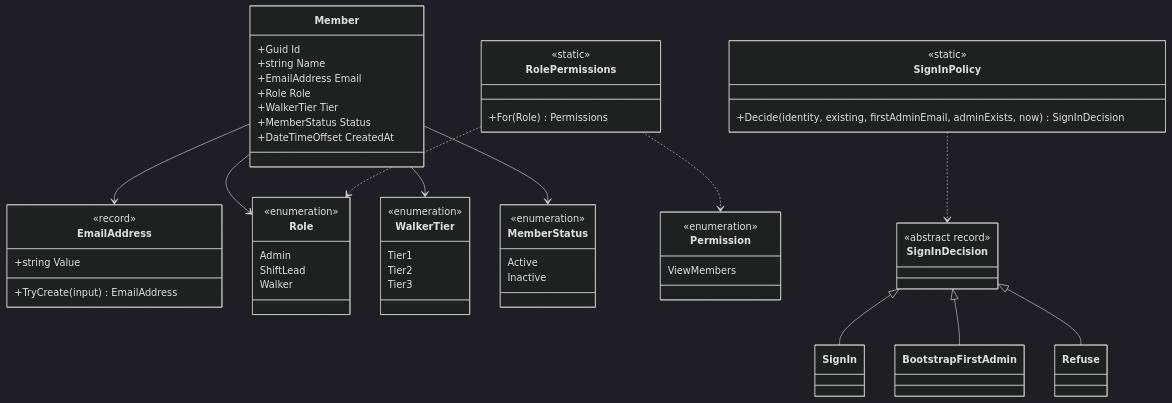
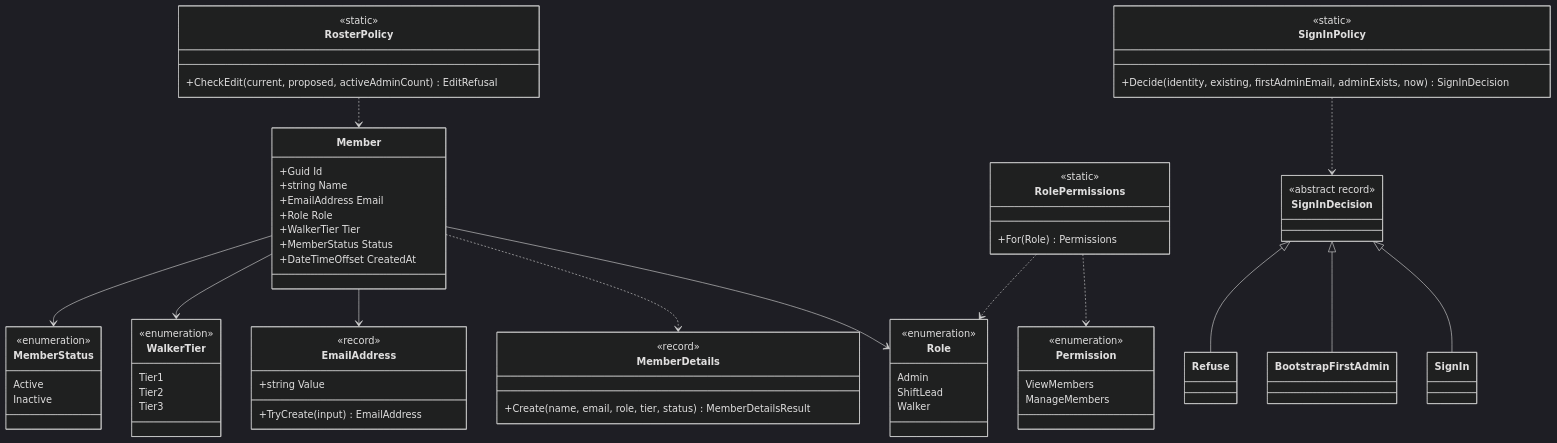
Before and after one commit to WrackedFella/blue-heeler: the diagram in docs/wiki/domain.md, drawn with Mermaid (dark theme). The commit also changed other lines of this file and 35 other files, not shown here.

First line of the commit message:
feat(members): admins add and edit members, who can then sign in

````diff
--- a/docs/wiki/domain.md
+++ b/docs/wiki/domain.md
@@ -31,59 +31,70 @@
 ```mermaid
 classDiagram
     class Member {
         +Guid Id
         +string Name
         +EmailAddress Email
         +Role Role
         +WalkerTier Tier
         +MemberStatus Status
         +DateTimeOffset CreatedAt
     }
     class EmailAddress {
         <<record>>
         +string Value
         +TryCreate(input) EmailAddress
     }
     class Role {
         <<enumeration>>
         Admin
         ShiftLead
         Walker
     }
     class WalkerTier {
         <<enumeration>>
         Tier1
         Tier2
         Tier3
     }
     class MemberStatus {
         <<enumeration>>
         Active
         Inactive
     }
     class Permission {
         <<enumeration>>
         ViewMembers
+        ManageMembers
+    }
+    class MemberDetails {
+        <<record>>
+        +Create(name, email, role, tier, status) MemberDetailsResult
+    }
+    class RosterPolicy {
+        <<static>>
+        +CheckEdit(current, proposed, activeAdminCount) EditRefusal
     }
     class RolePermissions {
         <<static>>
         +For(Role) Permissions
     }
     class SignInPolicy {
         <<static>>
         +Decide(identity, existing, firstAdminEmail, adminExists, now) SignInDecision
     }
     class SignInDecision {
         <<abstract record>>
     }
     SignInDecision <|-- SignIn
     SignInDecision <|-- BootstrapFirstAdmin
     SignInDecision <|-- Refuse
+    Member ..> MemberDetails
+    RosterPolicy ..> Member
     Member --> EmailAddress
     Member --> Role
     Member --> WalkerTier
     Member --> MemberStatus
     RolePermissions ..> Role
     RolePermissions ..> Permission
     SignInPolicy ..> SignInDecision
 ```
````
